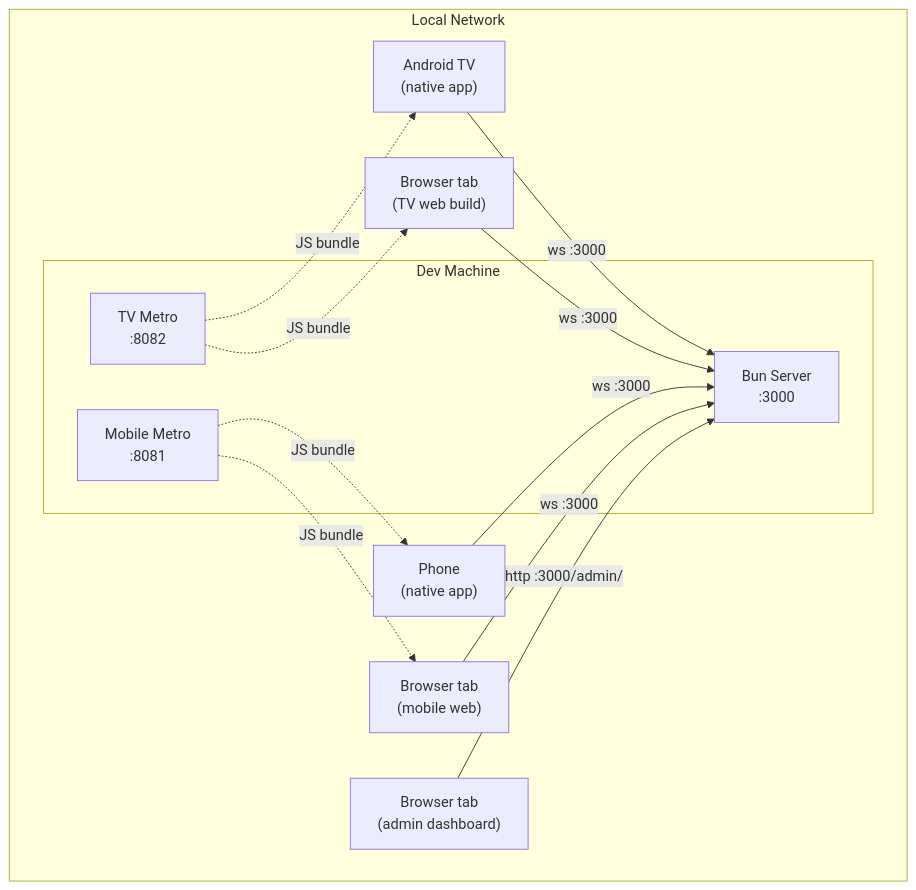
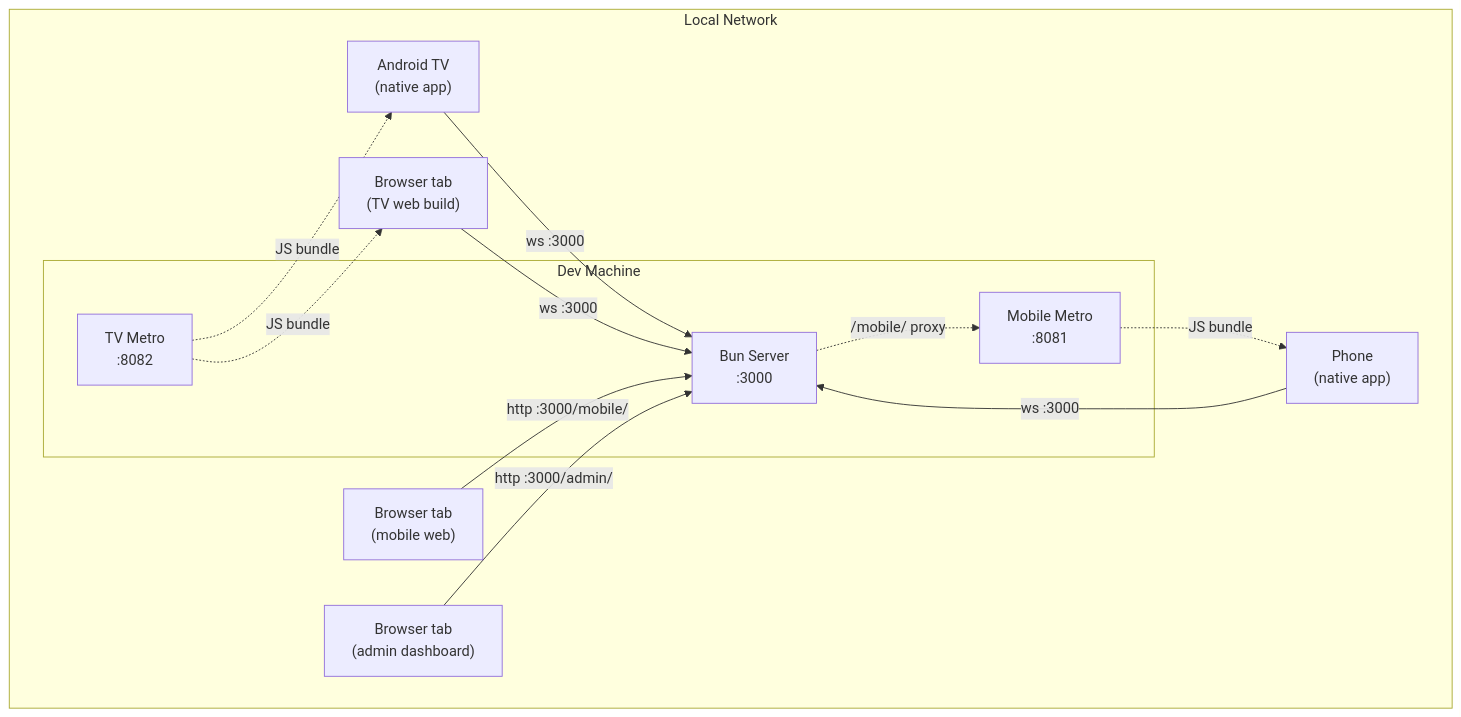
Before and after one commit to laguna-engineering/UnfairEnough: the third of 3 diagrams in README.md, drawn with Mermaid. The commit also changed other lines of this file and 8 other files, not shown here.

````diff
--- a/README.md
+++ b/README.md
@@ -86,27 +88,27 @@
 ```mermaid
 graph TB
     subgraph LAN["Local Network"]
         subgraph Dev["Dev Machine"]
             Server["Bun Server<br/>:3000"]
             MetroTV["TV Metro<br/>:8082"]
             MetroMob["Mobile Metro<br/>:8081"]
         end
 
         AndroidTV["Android TV<br/>(native app)"]
         WebTV["Browser tab<br/>(TV web build)"]
         Phone["Phone<br/>(native app)"]
         WebPlayer["Browser tab<br/>(mobile web)"]
         AdminBrowser["Browser tab<br/>(admin dashboard)"]
     end
 
     MetroTV -. "JS bundle" .-> AndroidTV
     MetroTV -. "JS bundle" .-> WebTV
     MetroMob -. "JS bundle" .-> Phone
-    MetroMob -. "JS bundle" .-> WebPlayer
+    Server -. "/mobile/ proxy" .-> MetroMob
 
     AndroidTV -- "ws :3000" --> Server
     WebTV -- "ws :3000" --> Server
     Phone -- "ws :3000" --> Server
-    WebPlayer -- "ws :3000" --> Server
+    WebPlayer -- "http :3000/mobile/" --> Server
     AdminBrowser -- "http :3000/admin/" --> Server
 ```
````
